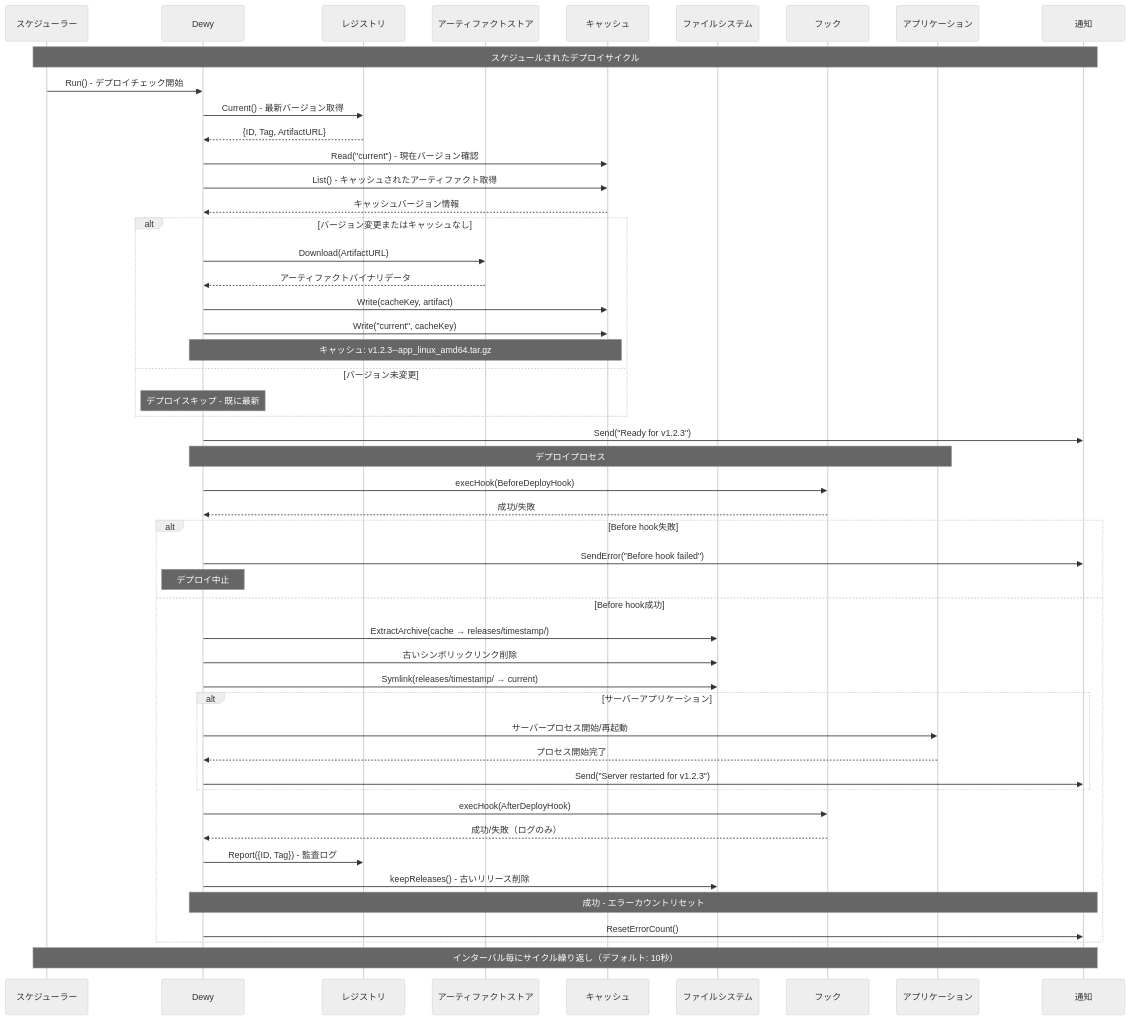
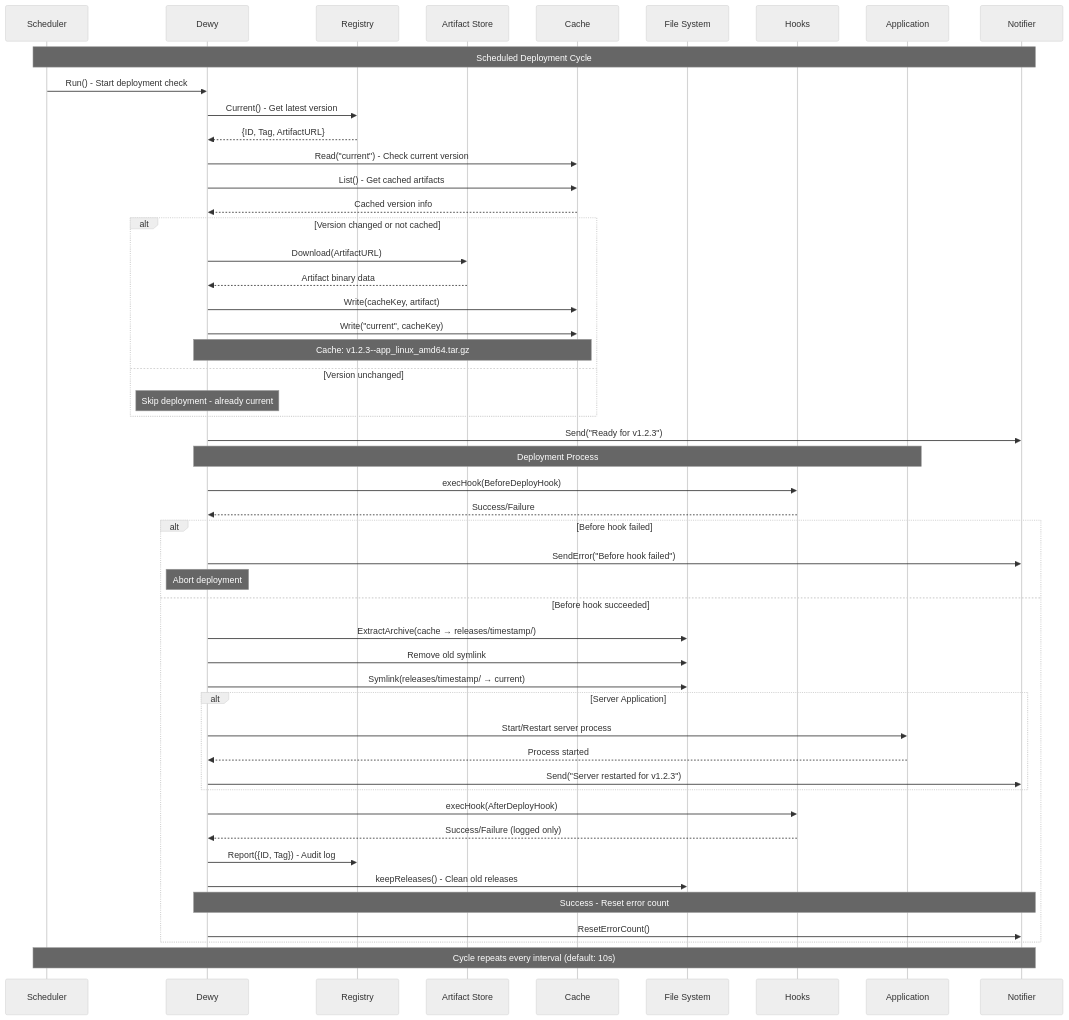
The diagram in README.ja.md (linyows/dewy), drawn with Mermaid (neutral theme) before and after one commit. The commit also changed other lines of this file and 1 other file, not shown here.

````diff
--- a/README.ja.md
+++ b/README.ja.md
@@ -48,65 +315,65 @@
 ```mermaid
 sequenceDiagram
-    participant S as スケジューラー
+    participant S as Scheduler
     participant D as Dewy
-    participant R as レジストリ
-    participant A as アーティファクトストア
-    participant C as キャッシュ
-    participant F as ファイルシステム
-    participant H as フック
-    participant App as アプリケーション
-    participant N as 通知
+    participant R as Registry
+    participant A as Artifact Store
+    participant C as Cache
+    participant F as File System
+    participant H as Hooks
+    participant App as Application
+    participant N as Notifier
 
-    Note over S,N: スケジュールされたデプロイサイクル
+    Note over S,N: Scheduled Deployment Cycle
 
-    S->>D: Run() - デプロイチェック開始
-    D->>R: Current() - 最新バージョン取得
+    S->>D: Run() - Start deployment check
+    D->>R: Current() - Get latest version
     R-->>D: {ID, Tag, ArtifactURL}
 
-    D->>C: Read("current") - 現在バージョン確認
-    D->>C: List() - キャッシュされたアーティファクト取得
-    C-->>D: キャッシュバージョン情報
+    D->>C: Read("current") - Check current version
+    D->>C: List() - Get cached artifacts
+    C-->>D: Cached version info
 
-    alt バージョン変更またはキャッシュなし
+    alt Version changed or not cached
         D->>A: Download(ArtifactURL)
-        A-->>D: アーティファクトバイナリデータ
+        A-->>D: Artifact binary data
         D->>C: Write(cacheKey, artifact)
         D->>C: Write("current", cacheKey)
-        Note over D,C: キャッシュ: v1.2.3--app_linux_amd64.tar.gz
-    else バージョン未変更
-        Note over D: デプロイスキップ - 既に最新
+        Note over D,C: Cache: v1.2.3--app_linux_amd64.tar.gz
+    else Version unchanged
+        Note over D: Skip deployment - already current
     end
 
     D->>N: Send("Ready for v1.2.3")
 
-    Note over D,App: デプロイプロセス
+    Note over D,App: Deployment Process
 
     D->>H: execHook(BeforeDeployHook)
-    H-->>D: 成功/失敗
+    H-->>D: Success/Failure
 
-    alt Before hook失敗
+    alt Before hook failed
         D->>N: SendError("Before hook failed")
-        Note over D: デプロイ中止
-    else Before hook成功
+        Note over D: Abort deployment
+    else Before hook succeeded
         D->>F: ExtractArchive(cache → releases/timestamp/)
-        D->>F: 古いシンボリックリンク削除
+        D->>F: Remove old symlink
         D->>F: Symlink(releases/timestamp/ → current)
 
-        alt サーバーアプリケーション
-            D->>App: サーバープロセス開始/再起動
-            App-->>D: プロセス開始完了
+        alt Server Application
+            D->>App: Start/Restart server process
+            App-->>D: Process started
             D->>N: Send("Server restarted for v1.2.3")
         end
 
         D->>H: execHook(AfterDeployHook)
-        H-->>D: 成功/失敗（ログのみ）
+        H-->>D: Success/Failure (logged only)
 
-        D->>R: Report({ID, Tag}) - 監査ログ
-        D->>F: keepReleases() - 古いリリース削除
+        D->>R: Report({ID, Tag}) - Audit log
+        D->>F: keepReleases() - Clean old releases
 
-        Note over D,N: 成功 - エラーカウントリセット
+        Note over D,N: Success - Reset error count
         D->>N: ResetErrorCount()
     end
 
-    Note over S,N: インターバル毎にサイクル繰り返し（デフォルト: 10秒）
+    Note over S,N: Cycle repeats every interval (default: 10s)
 ```
````
